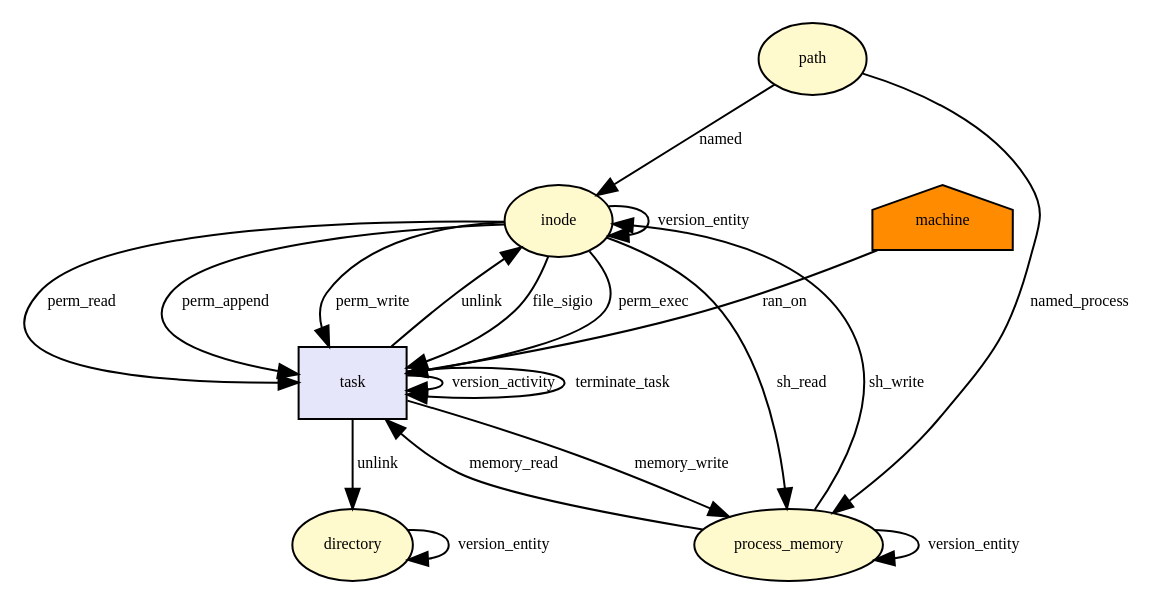
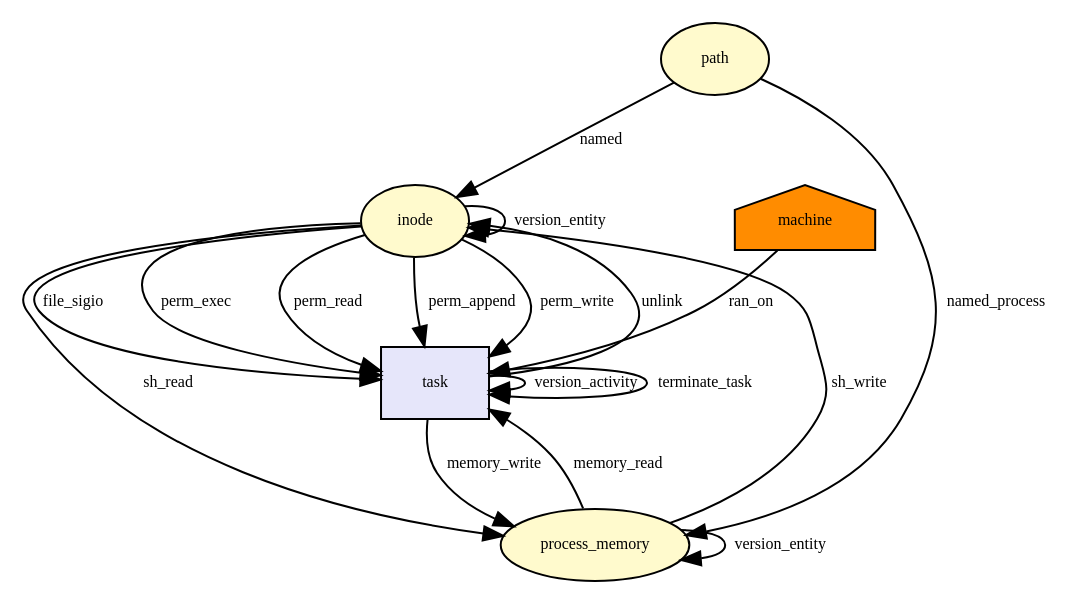
Before and after one commit to CamFlow/camflow-dev: the diagram in docs/dot/__x64_sys_unlinkat.dot, drawn with Graphviz. The commit also changed 30 other files, not shown here.

```diff
--- a/docs/dot/__x64_sys_unlinkat.dot
+++ b/docs/dot/__x64_sys_unlinkat.dot
@@ -1,51 +1,45 @@
 digraph RGL__DirectedAdjacencyGraph {inode[fontsize = 8,label = inode,shape = ellipse, fillcolor="#fffacd", style = filled]
 
 task[fontsize = 8,label = task,shape = rectangle, fillcolor="#e6e6fa", style = filled]
 
 inode -> task[fontsize = 8,label = file_sigio]
 
 process_memory[fontsize = 8,label = process_memory,shape = ellipse, fillcolor="#fffacd", style = filled]
 
 task -> process_memory[fontsize = 8,label = memory_write]
 
 task -> task[fontsize = 8,label = version_activity]
 
 process_memory -> process_memory[fontsize = 8,label = version_entity]
 
 process_memory -> inode[fontsize = 8,label = sh_write]
 
 inode -> inode[fontsize = 8,label = version_entity]
 
 path[fontsize = 8,label = path,shape = ellipse, fillcolor="#fffacd", style = filled]
 
 path -> process_memory[fontsize = 8,label = named_process]
 
 machine[fontsize = 8,label = machine,shape = house, fillcolor="#ff8c00", style = filled]
 
 machine -> task[fontsize = 8,label = ran_on]
 
 inode -> task[fontsize = 8,label = perm_exec]
 
 inode -> task[fontsize = 8,label = perm_read]
 
 inode -> task[fontsize = 8,label = perm_append]
 
 inode -> task[fontsize = 8,label = perm_write]
 
 path -> inode[fontsize = 8,label = named]
 
 process_memory -> task[fontsize = 8,label = memory_read]
 
-directory[fontsize = 8,label = directory,shape = ellipse, fillcolor="#fffacd", style = filled]
-
-task -> directory[fontsize = 8,label = unlink]
-
-directory -> directory[fontsize = 8,label = version_entity]
+task -> inode[fontsize = 8,label = unlink]
 
 inode -> process_memory[fontsize = 8,label = sh_read]
-
-task -> inode[fontsize = 8,label = unlink]
 
 task -> task[fontsize = 8,label = terminate_task]
 
 }
```
